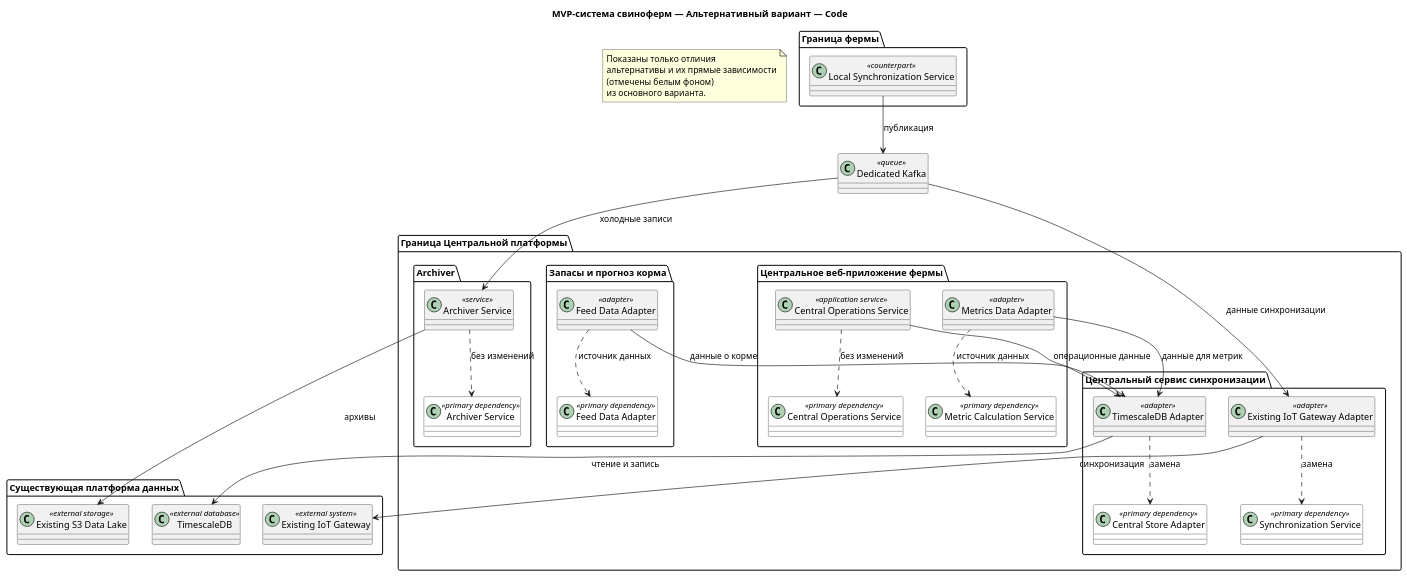
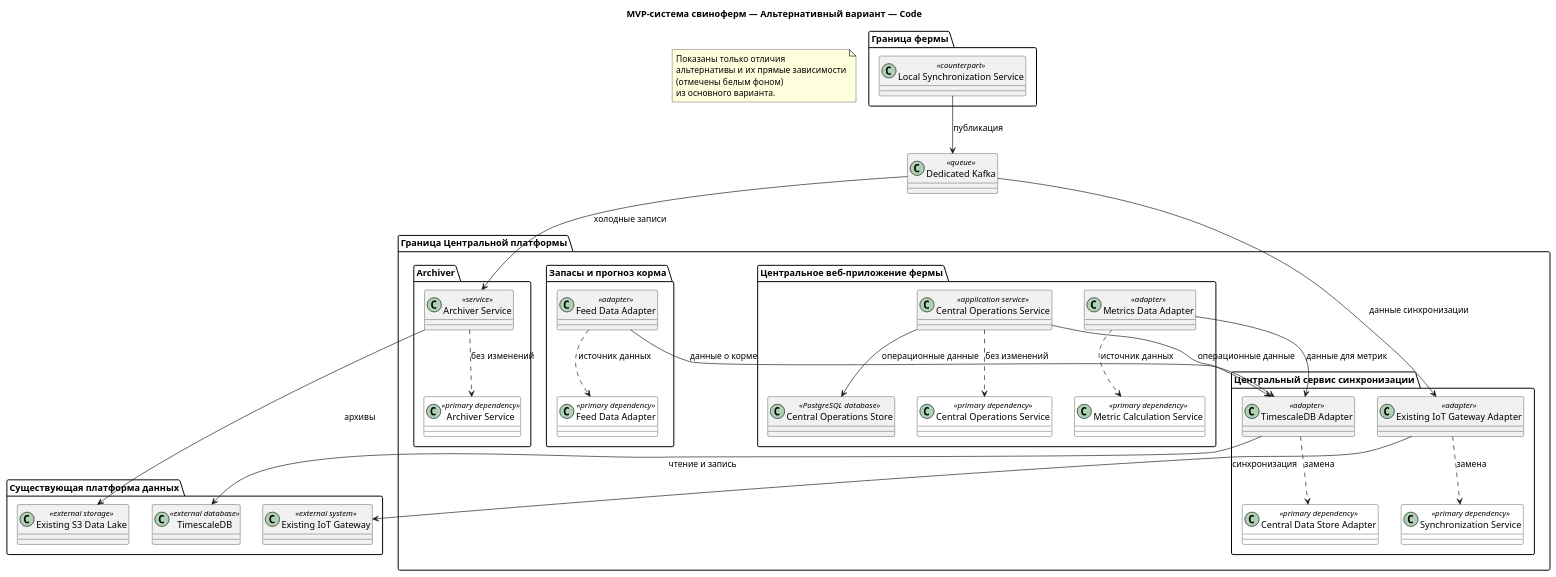
Before and after one commit to vs-ya-practicum/01-MSA-AgroTech: the diagram in Task3/03-04-alternative.c4.code.puml, drawn with PlantUML. The commit also changed 16 other files, not shown here.

```diff
--- a/Task3/03-04-alternative.c4.code.puml
+++ b/Task3/03-04-alternative.c4.code.puml
@@ -1,63 +1,65 @@
 @startuml MVP-система свиноферм — Альтернативный вариант — Code
 
 title MVP-система свиноферм — Альтернативный вариант — Code
 
 skinparam classAttributeIconSize 0
 skinparam classBackgroundColor<<primary dependency>> #FFFFFF
 
 note "Показаны только отличия\nальтернативы и их прямые зависимости\n(отмечены белым фоном)\nиз основного варианта." as scopeNote
 
 package "Граница Центральной платформы" as centralPlatformBoundary {
 package "Центральный сервис синхронизации" as synchronizationPackage {
     class "Existing IoT Gateway Adapter" as iotGatewayAdapter <<adapter>>
     class "Synchronization Service" as synchronizationService <<primary dependency>>
     class "TimescaleDB Adapter" as timescaleAdapter <<adapter>>
-    class "Central Store Adapter" as centralStoreAdapter <<primary dependency>>
+    class "Central Data Store Adapter" as centralDataStoreAdapter <<primary dependency>>
 }
 
 package "Центральное веб-приложение фермы" as operationsPackage {
     class "Central Operations Service" as operationsService <<application service>>
     class "Central Operations Service" as primaryOperationsService <<primary dependency>>
     class "Metrics Data Adapter" as metricsDataAdapter <<adapter>>
+    class "Central Operations Store" as centralOperationsStore <<PostgreSQL database>>
     class "Metric Calculation Service" as primaryMetricCalculationService <<primary dependency>>
 }
 
 package "Запасы и прогноз корма" as feedPackage {
     class "Feed Data Adapter" as feedDataAdapter <<adapter>>
     class "Feed Data Adapter" as primaryFeedDataAdapter <<primary dependency>>
 }
 
 package "Archiver" as archivePackage {
     class "Archiver Service" as archiverService <<service>>
     class "Archiver Service" as primaryArchiverService <<primary dependency>>
 }
 }
 
 package "Существующая платформа данных" as existingDataPlatform {
     class "Existing IoT Gateway" as existingIotGateway <<external system>>
     class "TimescaleDB" as timescaleDb <<external database>>
     class "Existing S3 Data Lake" as existingS3DataLake <<external storage>>
 }
 class "Dedicated Kafka" as dedicatedKafka <<queue>>
 package "Граница фермы" as farmBoundary {
 class "Local Synchronization Service" as localSynchronizationService <<counterpart>>
 }
 
 iotGatewayAdapter --> existingIotGateway : синхронизация
 timescaleAdapter --> timescaleDb : чтение и запись
 operationsService --> timescaleAdapter : операционные данные
 feedDataAdapter --> timescaleAdapter : данные о корме
 metricsDataAdapter --> timescaleAdapter : данные для метрик
 localSynchronizationService --> dedicatedKafka : публикация
 dedicatedKafka --> iotGatewayAdapter : данные синхронизации
 dedicatedKafka --> archiverService : холодные записи
 archiverService --> existingS3DataLake : архивы
 
 iotGatewayAdapter ..> synchronizationService : замена
-timescaleAdapter ..> centralStoreAdapter : замена
+timescaleAdapter ..> centralDataStoreAdapter : замена
+operationsService --> centralOperationsStore : операционные данные
 operationsService ..> primaryOperationsService : без изменений
 feedDataAdapter ..> primaryFeedDataAdapter : источник данных
 metricsDataAdapter ..> primaryMetricCalculationService : источник данных
 archiverService ..> primaryArchiverService : без изменений
 
 @enduml
```
